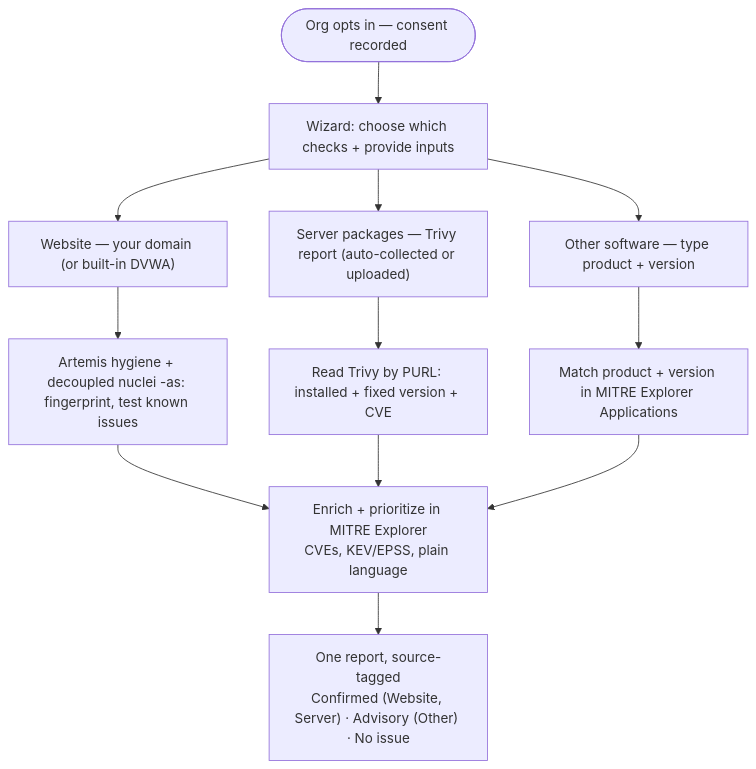
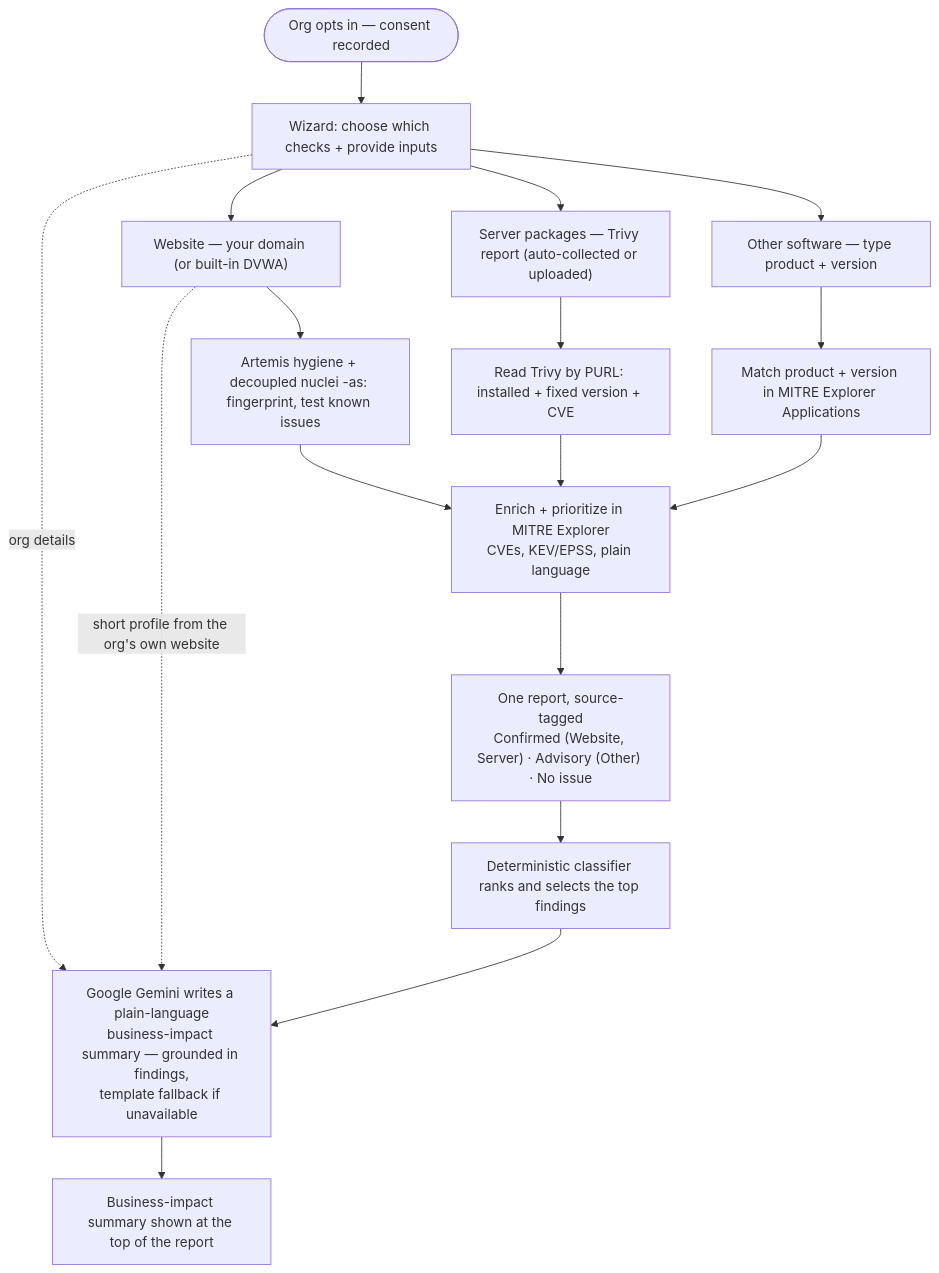
Before and after one commit to PerIPan/SafetyRoutes: the diagram in README.md, drawn with Mermaid. The commit also changed other lines of this file, not shown here.

Commit message:
docs(readme): add the Gemini business-impact stage to the flow diagram
The mermaid flowchart and step list stopped at the source-tagged report; add the
deterministic classifier -> Google Gemini summary stage, with wizard org details
and the org's own website feeding it as context.

````diff
--- a/README.md
+++ b/README.md
@@ -200,14 +200,19 @@
 ```mermaid
 flowchart TD
     A(["Org opts in — consent recorded"]) --> B["Wizard: choose which checks + provide inputs"]
     B --> W["Website — your domain (or built-in DVWA)"]
     B --> P["Server packages — Trivy report (auto-collected or uploaded)"]
     B --> O["Other software — type product + version"]
     W --> W2["Artemis hygiene + decoupled nuclei -as: fingerprint, test known issues"]
     P --> P2["Read Trivy by PURL: installed + fixed version + CVE"]
     O --> O2["Match product + version in MITRE Explorer Applications"]
     W2 --> X["Enrich + prioritize in MITRE Explorer<br/>CVEs, KEV/EPSS, plain language"]
     P2 --> X
     O2 --> X
     X --> R["One report, source-tagged<br/>Confirmed (Website, Server) · Advisory (Other) · No issue"]
+    R --> C["Deterministic classifier ranks and selects the top findings"]
+    B -. org details .-> G
+    W -. short profile from the org's own website .-> G
+    C --> G["Google Gemini writes a plain-language<br/>business-impact summary — grounded in findings,<br/>template fallback if unavailable"]
+    G --> T["Business-impact summary shown at the top of the report"]
 ```
````
